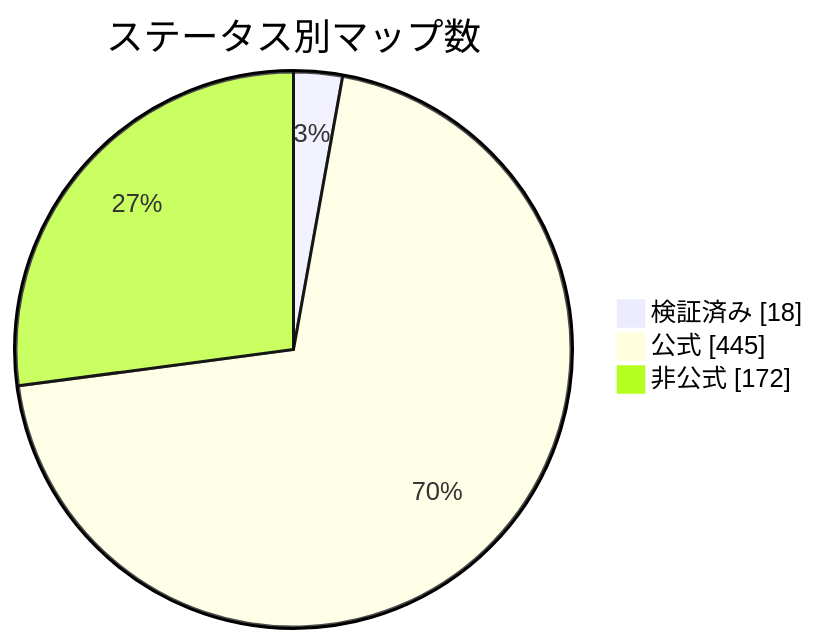
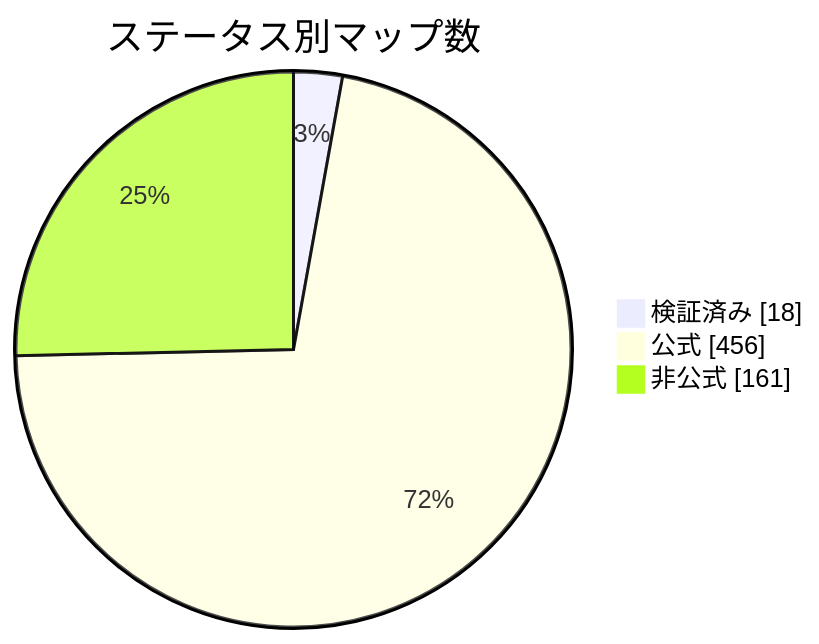
The diagram in docs/readme/README_JP.md (nobrega8/mbmap-library), drawn with Mermaid before and after one commit. The commit also changed 16 other files, not shown here.

````diff
--- a/docs/readme/README_JP.md
+++ b/docs/readme/README_JP.md
@@ -54,7 +54,7 @@
 ```mermaid
 pie showData
     title ステータス別マップ数
     "検証済み" : 18
-    "公式" : 445
-    "非公式" : 172
+    "公式" : 456
+    "非公式" : 161
 ```
````
